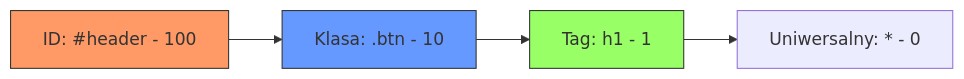
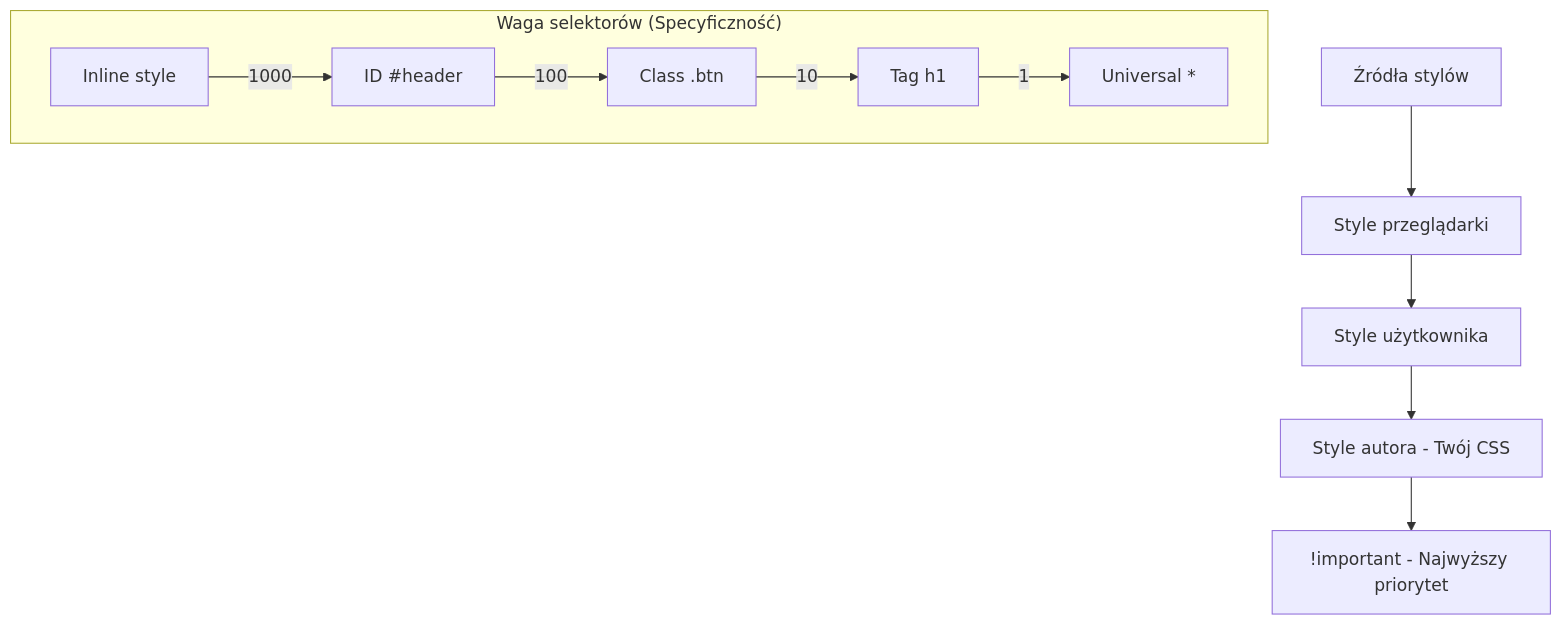
Before and after one commit to zacniewski/materials-about-markup-and-scripting-languages: the first of 2 diagrams in lectures/wyklad09.md, drawn with Mermaid. The commit also changed other lines of this file and 1 other file, not shown here.

````diff
--- a/lectures/wyklad09.md
+++ b/lectures/wyklad09.md
@@ -14,9 +54,15 @@
 ```mermaid
-graph LR
-    ID[ID: #header - 100] --> Class[Klasa: .btn - 10]
-    Class --> Tag[Tag: h1 - 1]
-    Tag --> Universal[Uniwersalny: * - 0]
-    style ID fill:#f96,stroke:#333
-    style Class fill:#69f,stroke:#333
-    style Tag fill:#9f6,stroke:#333
+graph TD
+    Start[Źródła stylów] --> UA[Style przeglądarki]
+    UA --> User[Style użytkownika]
+    User --> Author[Style autora - Twój CSS]
+    Author --> Important[!important - Najwyższy priorytet]
+
+    subgraph "Waga selektorów (Specyficzność)"
+    direction LR
+    S1[Inline style] -- 1000 --> S2[ID #header]
+    S2 -- 100 --> S3[Class .btn]
+    S3 -- 10 --> S4[Tag h1]
+    S4 -- 1 --> S5[Universal *]
+    end
 ```
````
